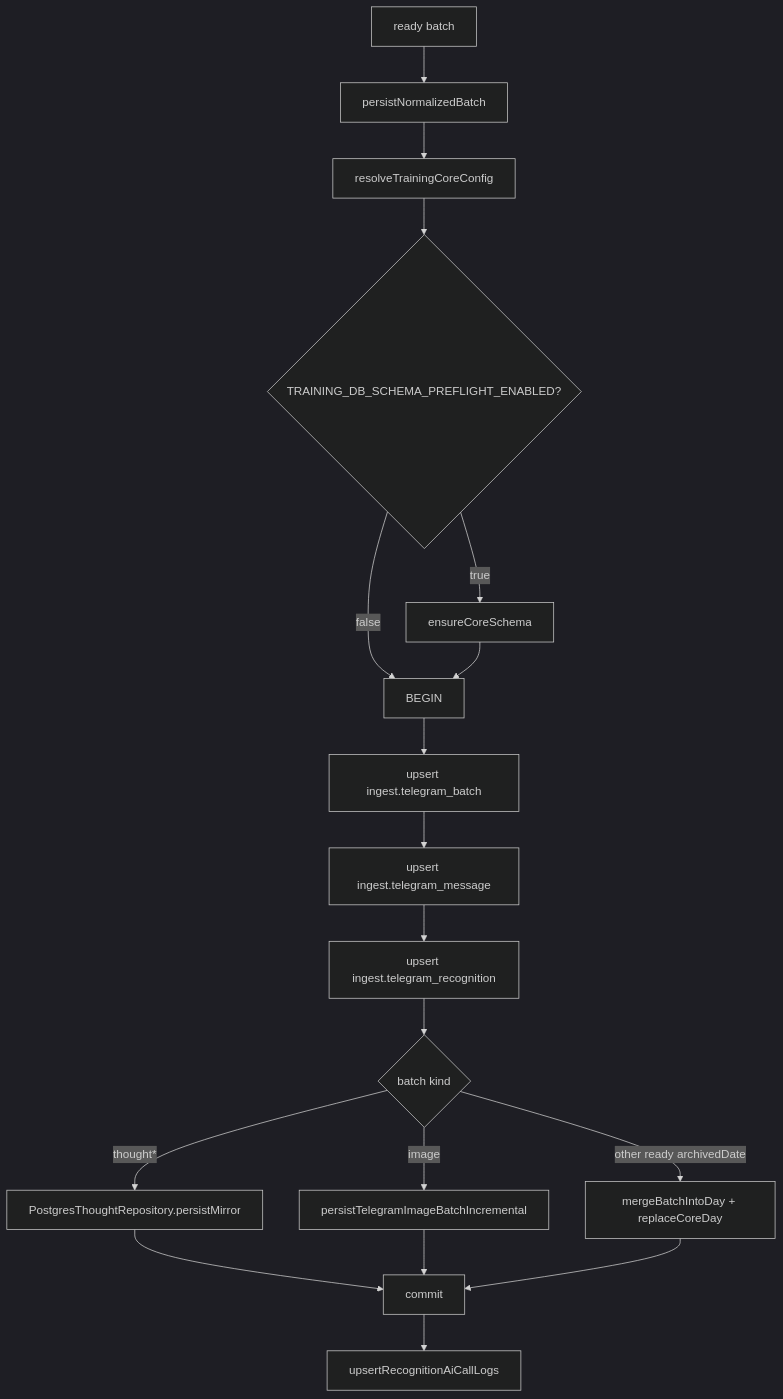
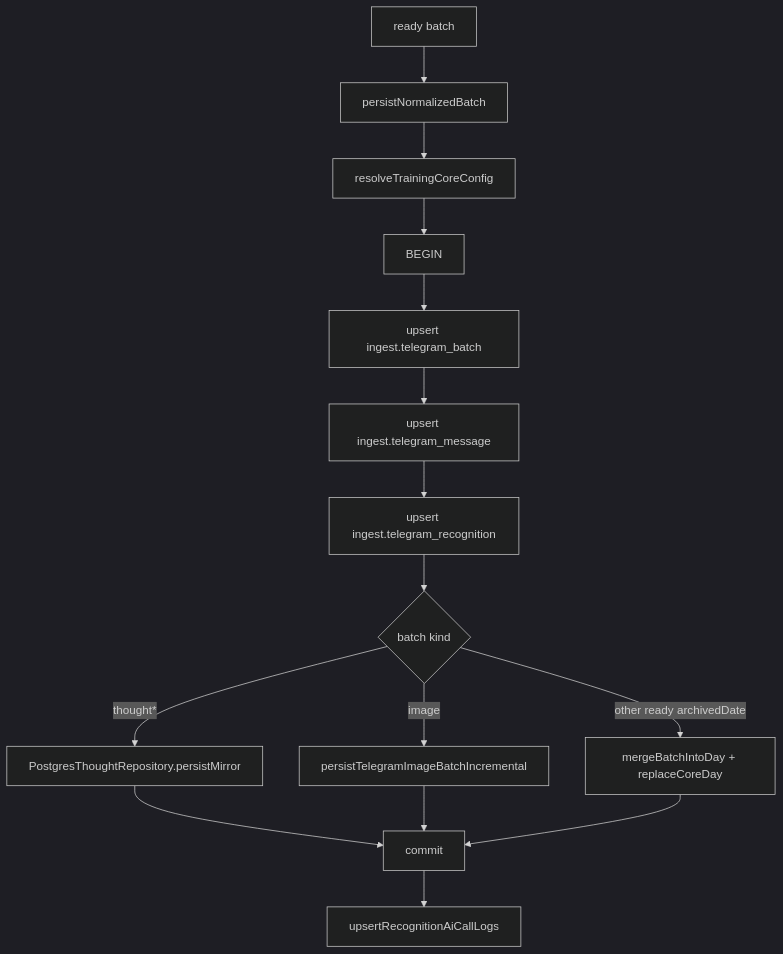
The diagram in docs/02_系统核心逻辑/数据入库流程.md (soulgo/training_records), drawn with Mermaid (dark theme) before and after one commit. The commit also changed other lines of this file and 121 other files, not shown here.

````diff
--- a/docs/02_系统核心逻辑/数据入库流程.md
+++ b/docs/02_系统核心逻辑/数据入库流程.md
@@ -5,20 +5,17 @@
 ```mermaid
 flowchart TD
   A[ready batch] --> B[persistNormalizedBatch]
   B --> C[resolveTrainingCoreConfig]
-  C --> D{TRAINING_DB_SCHEMA_PREFLIGHT_ENABLED?}
-  D -->|true| E[ensureCoreSchema]
-  D -->|false| F[BEGIN]
-  E --> F
+  C --> F[BEGIN]
   F --> G[upsert ingest.telegram_batch]
   G --> H[upsert ingest.telegram_message]
   H --> I[upsert ingest.telegram_recognition]
   I --> J{batch kind}
   J -->|thought*| K[PostgresThoughtRepository.persistMirror]
   J -->|image| L[persistTelegramImageBatchIncremental]
   J -->|other ready archivedDate| M[mergeBatchIntoDay + replaceCoreDay]
   K --> N[commit]
   L --> N
   M --> N
   N --> O[upsertRecognitionAiCallLogs]
 ```
````
